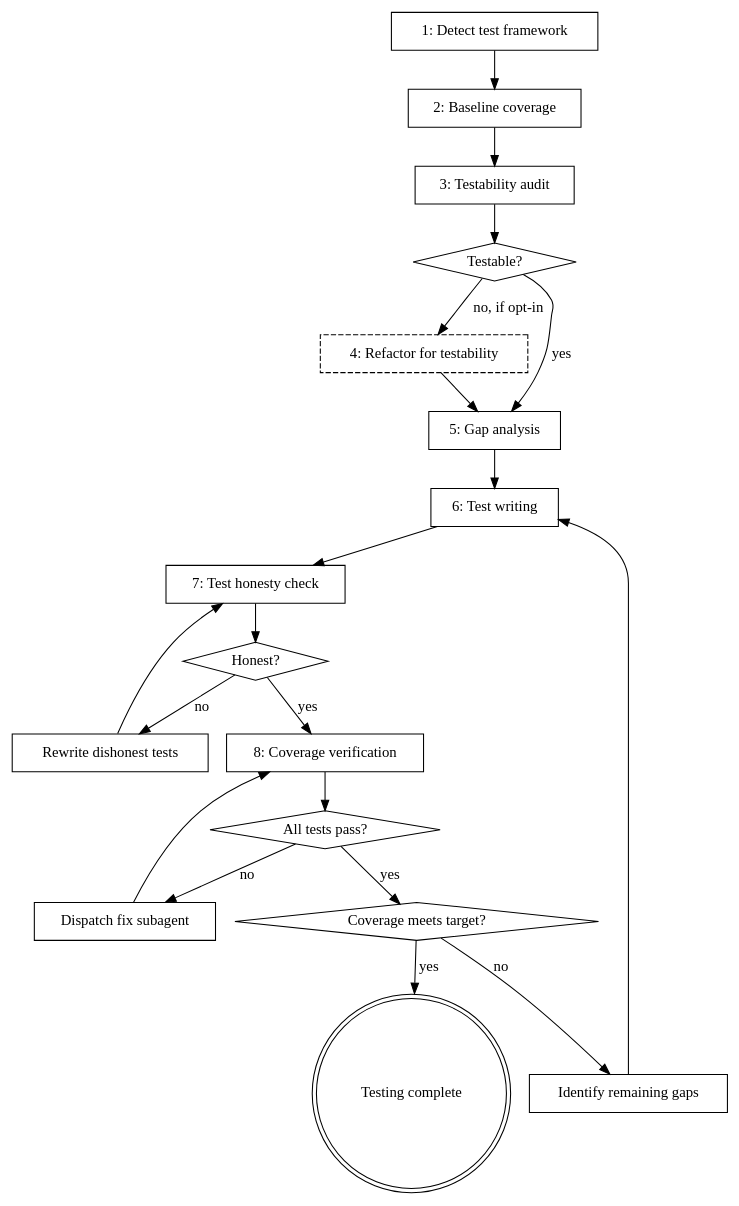
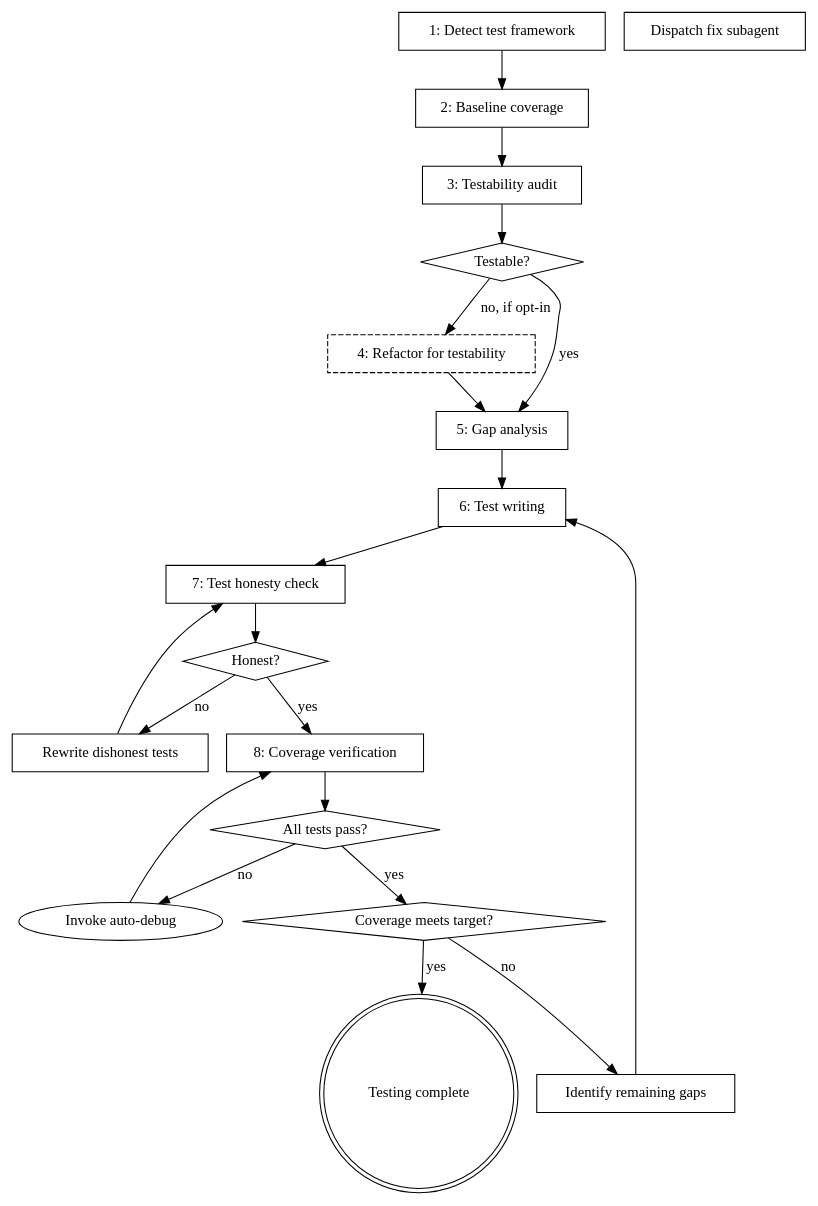
The diagram in skills/auto-test/SKILL.md (hybriden/shipwright), drawn with Graphviz before and after one commit. The commit also changed other lines of this file and 24 other files, not shown here.

````diff
--- a/skills/auto-test/SKILL.md
+++ b/skills/auto-test/SKILL.md
@@ -32,41 +32,41 @@
 ```dot
 digraph auto_test {
     rankdir=TB;
     "1: Detect test framework" [shape=box];
     "2: Baseline coverage" [shape=box];
     "3: Testability audit" [shape=box];
     "Testable?" [shape=diamond];
     "4: Refactor for testability" [shape=box, style=dashed];
     "5: Gap analysis" [shape=box];
     "6: Test writing" [shape=box];
     "7: Test honesty check" [shape=box];
     "Honest?" [shape=diamond];
     "Rewrite dishonest tests" [shape=box];
     "8: Coverage verification" [shape=box];
     "All tests pass?" [shape=diamond];
     "Dispatch fix subagent" [shape=box];
     "Coverage meets target?" [shape=diamond];
     "Identify remaining gaps" [shape=box];
     "Testing complete" [shape=doublecircle];
 
     "1: Detect test framework" -> "2: Baseline coverage";
     "2: Baseline coverage" -> "3: Testability audit";
     "3: Testability audit" -> "Testable?" ;
     "Testable?" -> "5: Gap analysis" [label="yes"];
     "Testable?" -> "4: Refactor for testability" [label="no, if opt-in"];
     "4: Refactor for testability" -> "5: Gap analysis";
     "5: Gap analysis" -> "6: Test writing";
     "6: Test writing" -> "7: Test honesty check";
     "7: Test honesty check" -> "Honest?";
     "Honest?" -> "8: Coverage verification" [label="yes"];
     "Honest?" -> "Rewrite dishonest tests" [label="no"];
     "Rewrite dishonest tests" -> "7: Test honesty check";
     "8: Coverage verification" -> "All tests pass?";
-    "All tests pass?" -> "Dispatch fix subagent" [label="no"];
-    "Dispatch fix subagent" -> "8: Coverage verification";
+    "All tests pass?" -> "Invoke auto-debug" [label="no"];
+    "Invoke auto-debug" -> "8: Coverage verification";
     "All tests pass?" -> "Coverage meets target?" [label="yes"];
     "Coverage meets target?" -> "Testing complete" [label="yes"];
     "Coverage meets target?" -> "Identify remaining gaps" [label="no"];
     "Identify remaining gaps" -> "6: Test writing";
 }
 ```
````
